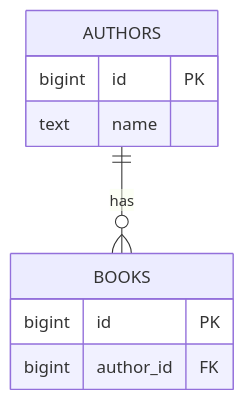
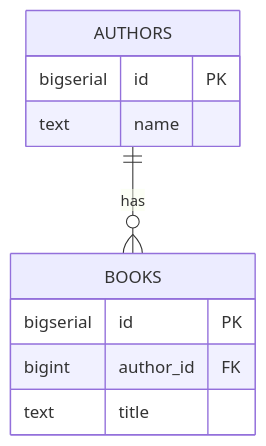
One commit to zemarsil/DatabaseVisualizer changed the diagram in docs/walkthroughs/00-your-first-diagram.md. Above: the diagram before and after it, drawn with Mermaid. The commit also changed other lines of this file and 9 other files, not shown here.

First line of the commit message:
Add the opening walkthrough, and the companion diagrams still being written up

````diff
--- a/docs/walkthroughs/00-your-first-diagram.md
+++ b/docs/walkthroughs/00-your-first-diagram.md
@@ -30,12 +45,13 @@
 ```mermaid
 erDiagram
     AUTHORS ||--o{ BOOKS : has
     AUTHORS {
-        bigint id PK
+        bigserial id PK
         text name
     }
     BOOKS {
-        bigint id PK
+        bigserial id PK
         bigint author_id FK
+        text title
     }
 ```
````
